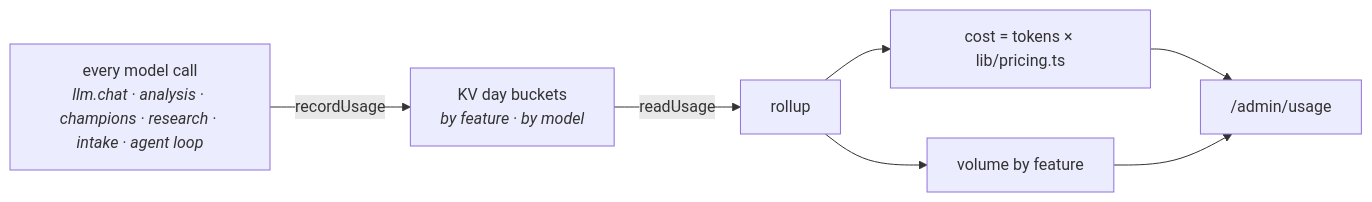
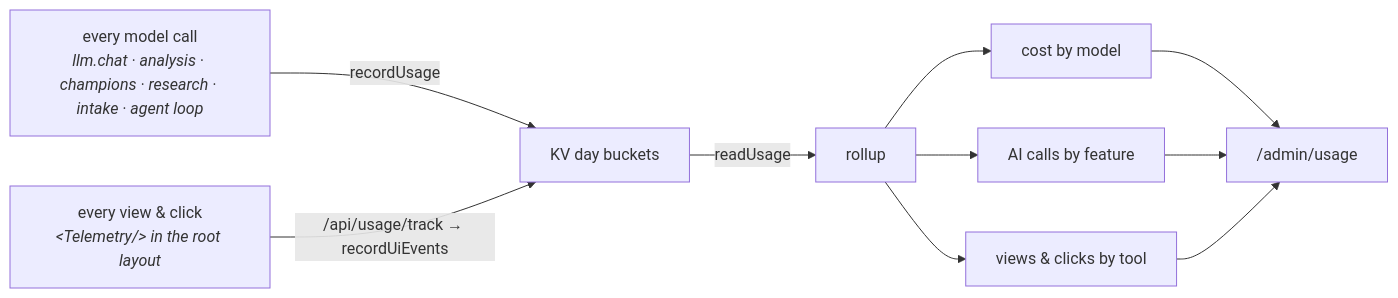
Before and after one commit to ops-digit-io/digitalization-portal: the eighth of 8 diagrams in docs/MAP.md, drawn with Mermaid. The commit also changed other lines of this file and 11 other files, not shown here.

````diff
--- a/docs/MAP.md
+++ b/docs/MAP.md
@@ -378,9 +378,12 @@
 ```mermaid
 graph LR
-  SEAM["every model call<br/><i>llm.chat · analysis · champions · research · intake · agent loop</i>"] -->|recordUsage| KV["KV day buckets<br/><i>by feature · by model</i>"]
+  AI["every model call<br/><i>llm.chat · analysis · champions · research · intake · agent loop</i>"] -->|recordUsage| KV["KV day buckets"]
+  UI["every view & click<br/><i>&lt;Telemetry/&gt; in the root layout</i>"] -->|/api/usage/track → recordUiEvents| KV
   KV -->|readUsage| RPT["rollup"]
-  RPT --> COST["cost = tokens × lib/pricing.ts"]
-  RPT --> VOL["volume by feature"]
+  RPT --> COST["cost by model"]
+  RPT --> FEAT["AI calls by feature"]
+  RPT --> TOOL["views & clicks by tool"]
   COST --> PAGE["/admin/usage"]
-  VOL --> PAGE
+  FEAT --> PAGE
+  TOOL --> PAGE
 ```
````
